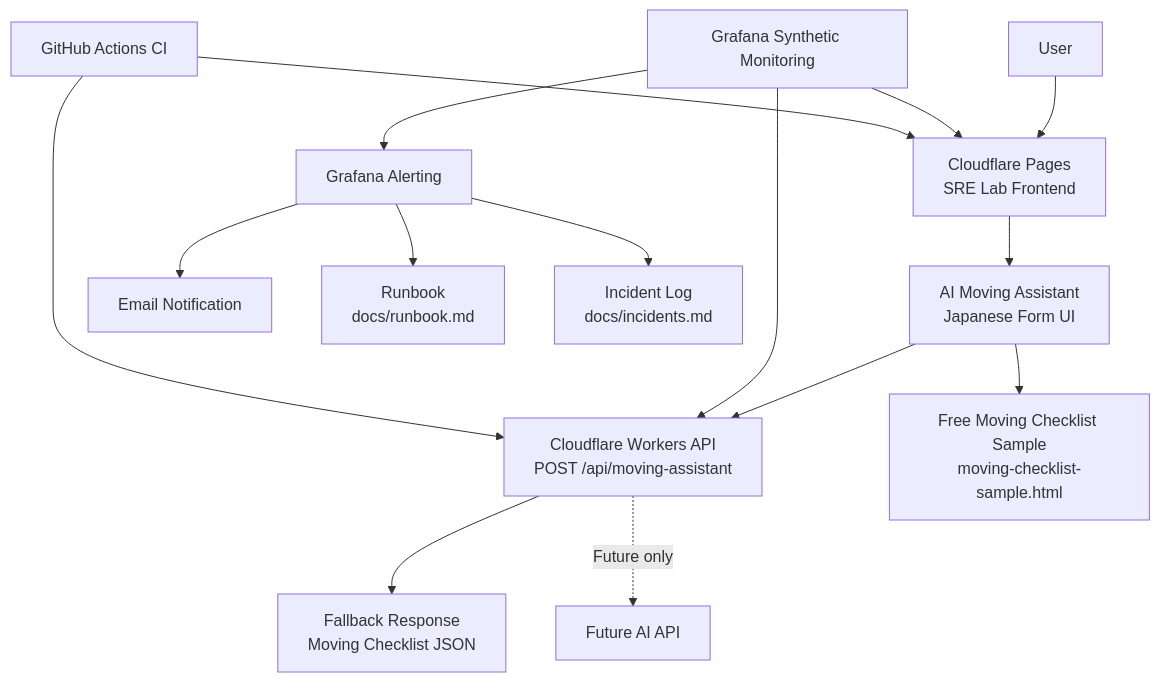
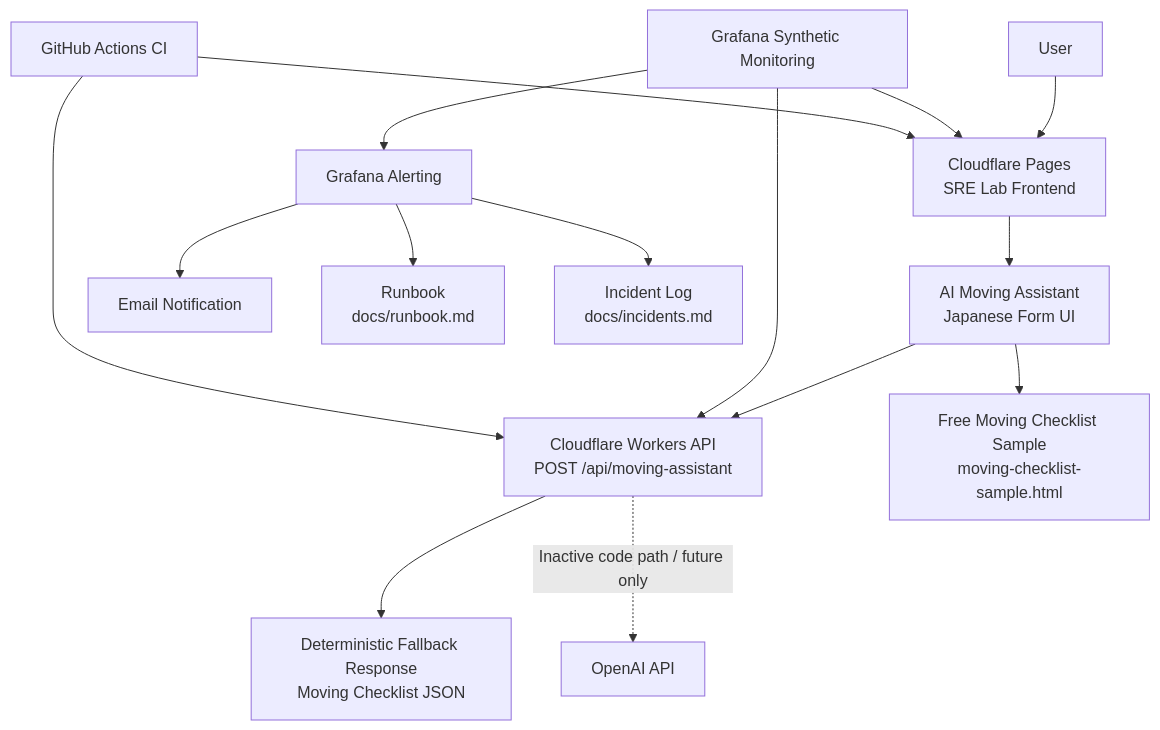
Before and after one commit to YDTNK/sre-lab: the first of 2 diagrams in docs/architecture.md, drawn with Mermaid. The commit also changed other lines of this file and 9 other files, not shown here.

````diff
--- a/docs/architecture.md
+++ b/docs/architecture.md
@@ -23,20 +23,20 @@
 ```mermaid
 flowchart TD
     U[User] --> P[Cloudflare Pages<br/>SRE Lab Frontend]
     P --> F[AI Moving Assistant<br/>Japanese Form UI]
     F --> W[Cloudflare Workers API<br/>POST /api/moving-assistant]
-    W --> M[Fallback Response<br/>Moving Checklist JSON]
+    W --> M[Deterministic Fallback Response<br/>Moving Checklist JSON]
     F --> S[Free Moving Checklist Sample<br/>moving-checklist-sample.html]
-    W -. Future only .-> AI[Future AI API]
+    W -. Inactive code path / future only .-> AI[OpenAI API]
 
     G[Grafana Synthetic Monitoring] --> P
     G --> W
 
     G --> A[Grafana Alerting]
     A --> E[Email Notification]
     A --> R[Runbook<br/>docs/runbook.md]
     A --> I[Incident Log<br/>docs/incidents.md]
 
     CI[GitHub Actions CI] --> P
     CI --> W
 ```
````
